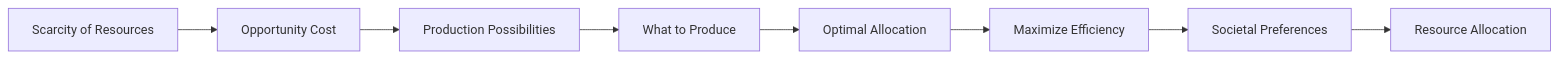
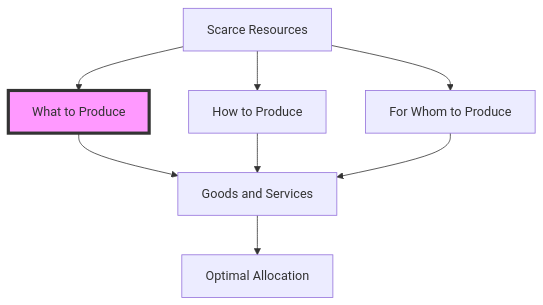
The diagram in Obsidian_Vault/2-Academic/Winter 2026/Economics/1_Basics_Of_Economics/What_To_Produce.md (DagimAlemayehuu/Ater), drawn with Mermaid before and after one commit. The commit also changed other lines of this file and 71 other files, not shown here.

````diff
--- a/Obsidian_Vault/2-Academic/Winter 2026/Economics/1_Basics_Of_Economics/What_To_Produce.md
+++ b/Obsidian_Vault/2-Academic/Winter 2026/Economics/1_Basics_Of_Economics/What_To_Produce.md
@@ -48,12 +50,13 @@
 ```mermaid
 
-graph LR
-    A[Scarcity of Resources] --> B[Opportunity Cost]
-    B --> C[Production Possibilities]
-    C --> D[What to Produce]
-    D --> E[Optimal Allocation]
-    E --> F[Maximize Efficiency]
-    F --> G[Societal Preferences]
-    G --> H[Resource Allocation]
+graph TD
+    A[Scarce Resources] --> B[What to Produce]
+    A --> C[How to Produce]
+    A --> D[For Whom to Produce]
+    B --> E[Goods and Services]
+    C --> E
+    D --> E
+    E --> F[Optimal Allocation]
+    style B fill:#f9f,stroke:#333,stroke-width:4px
 
 ```
````
